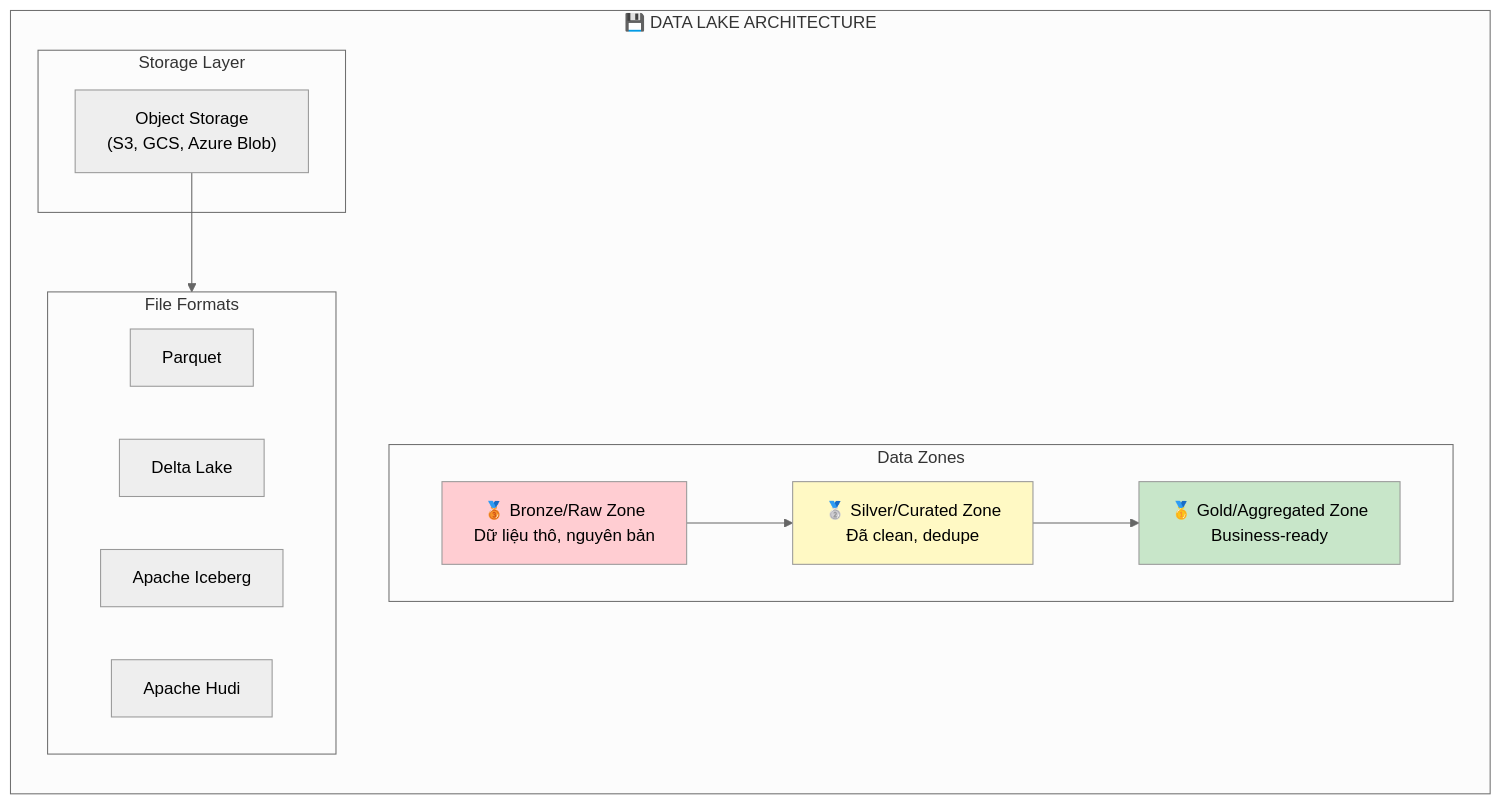
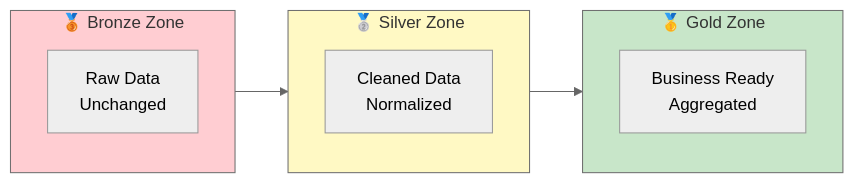
One commit to Anodis108/Data-Engineer changed the third of 8 diagrams in homework3/DATA_LIFECYCLE.md. Above: the diagram before and after it, drawn with Mermaid (neutral theme). The commit also changed other lines of this file, not shown here.

````diff
--- a/homework3/DATA_LIFECYCLE.md
+++ b/homework3/DATA_LIFECYCLE.md
@@ -2876,30 +176,20 @@
 ```mermaid
-flowchart TB
-    subgraph LAKE["💾 DATA LAKE ARCHITECTURE"]
-        direction TB
-        
-        subgraph ZONES["Data Zones"]
-            BRONZE["🥉 Bronze/Raw Zone<br/>Dữ liệu thô, nguyên bản"]
-            SILVER["🥈 Silver/Curated Zone<br/>Đã clean, dedupe"]
-            GOLD["🥇 Gold/Aggregated Zone<br/>Business-ready"]
-        end
-        
-        subgraph STORAGE["Storage Layer"]
-            OBJ["Object Storage<br/>(S3, GCS, Azure Blob)"]
-        end
-        
-        subgraph FORMATS["File Formats"]
-            F1["Parquet"]
-            F2["Delta Lake"]
-            F3["Apache Iceberg"]
-            F4["Apache Hudi"]
-        end
+flowchart LR
+    subgraph BRONZE["🥉 Bronze Zone"]
+        RAW[Raw Data<br/>Unchanged]
+    end
+    
+    subgraph SILVER["🥈 Silver Zone"]
+        CLEAN[Cleaned Data<br/>Normalized]
+    end
+    
+    subgraph GOLD["🥇 Gold Zone"]
+        READY[Business Ready<br/>Aggregated]
     end
     
     BRONZE --> SILVER --> GOLD
-    OBJ --> FORMATS
     
     style BRONZE fill:#ffcdd2
     style SILVER fill:#fff9c4
     style GOLD fill:#c8e6c9
 ```
````
